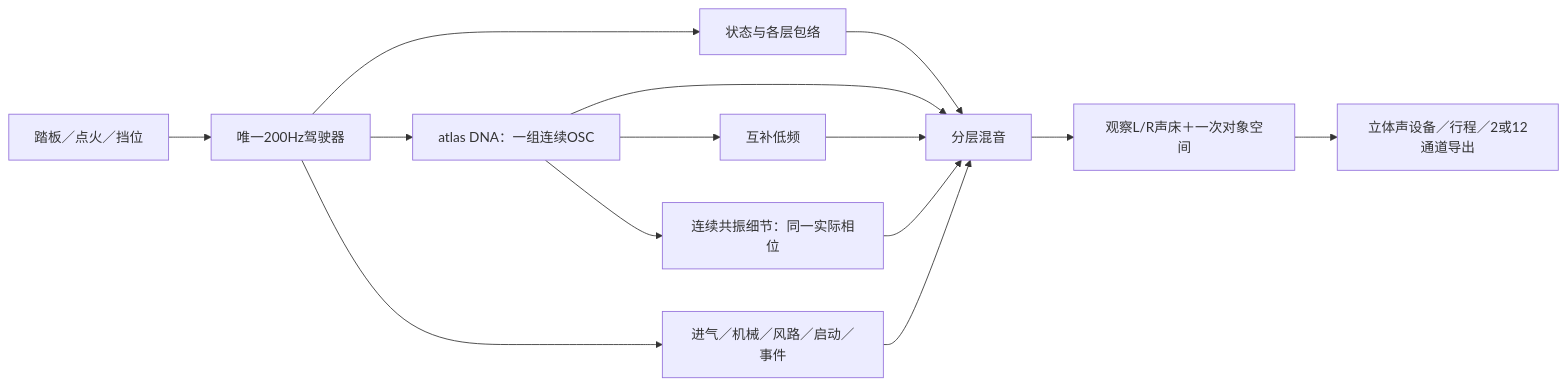
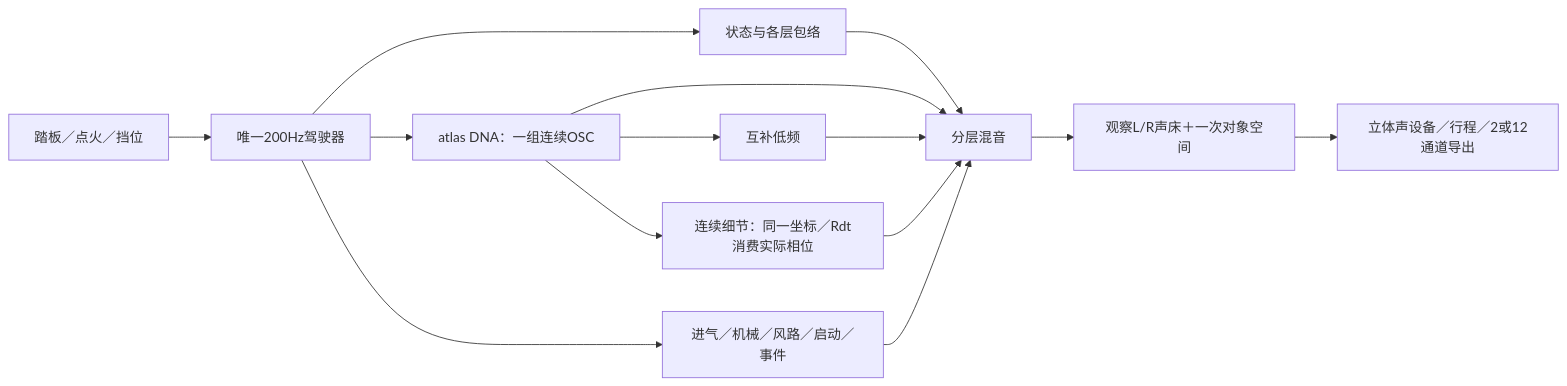
Before and after one commit to Kidrage/VehicleSoundLab: the diagram in handoff/算法说明.md, drawn with Mermaid. The commit also changed other lines of this file and 35 other files, not shown here.

````diff
--- a/handoff/算法说明.md
+++ b/handoff/算法说明.md
@@ -7,16 +7,16 @@
 ```mermaid
 flowchart LR
     UI[踏板／点火／挡位] --> DRIVE[唯一200Hz驾驶器]
     DRIVE --> ENV[状态与各层包络]
     DRIVE --> DNA[atlas DNA：一组连续OSC]
     DNA --> BODY[互补低频]
-    DNA --> RD[连续共振细节：同一实际相位]
+    DNA --> RD[连续细节：同一坐标／Rdt消费实际相位]
     ENV --> MIX[分层混音]
     DNA --> MIX
     BODY --> MIX
     RD --> MIX
     DRIVE --> EXTRA[进气／机械／风路／启动／事件]
     EXTRA --> MIX
     MIX --> SPACE[观察L/R声床＋一次对象空间]
     SPACE --> OUT[立体声设备／行程／2或12通道导出]
 ```
````
